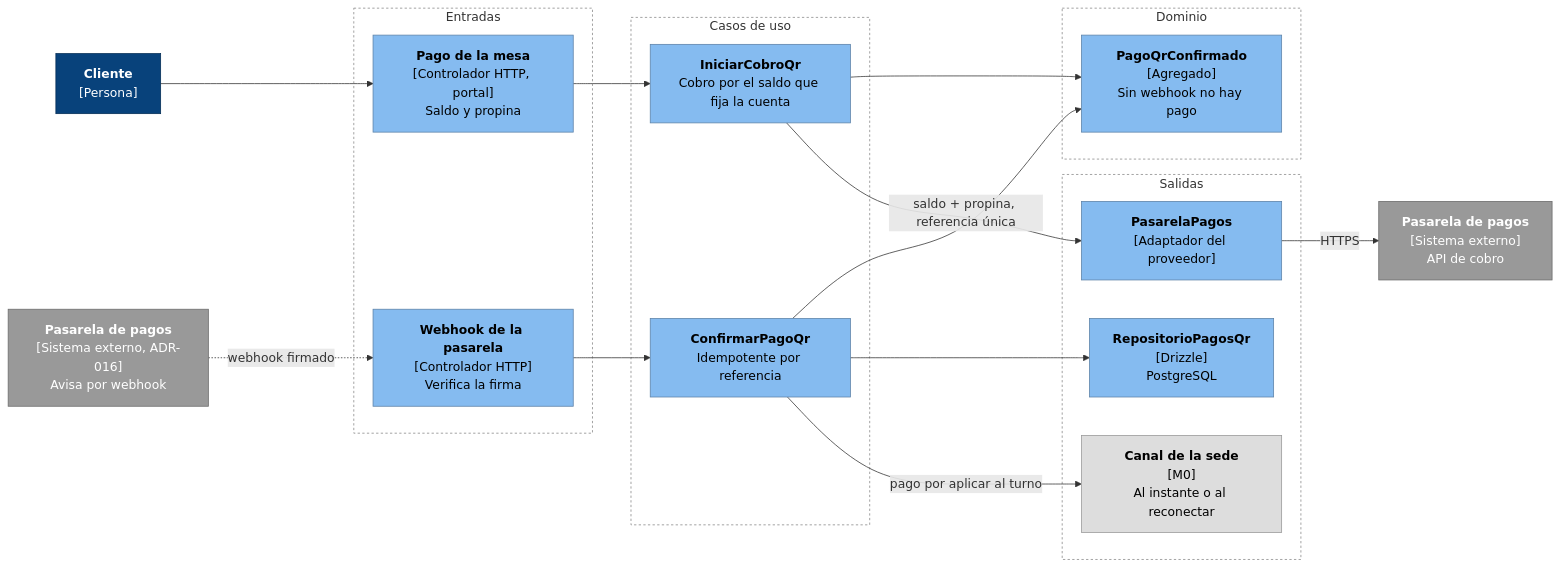
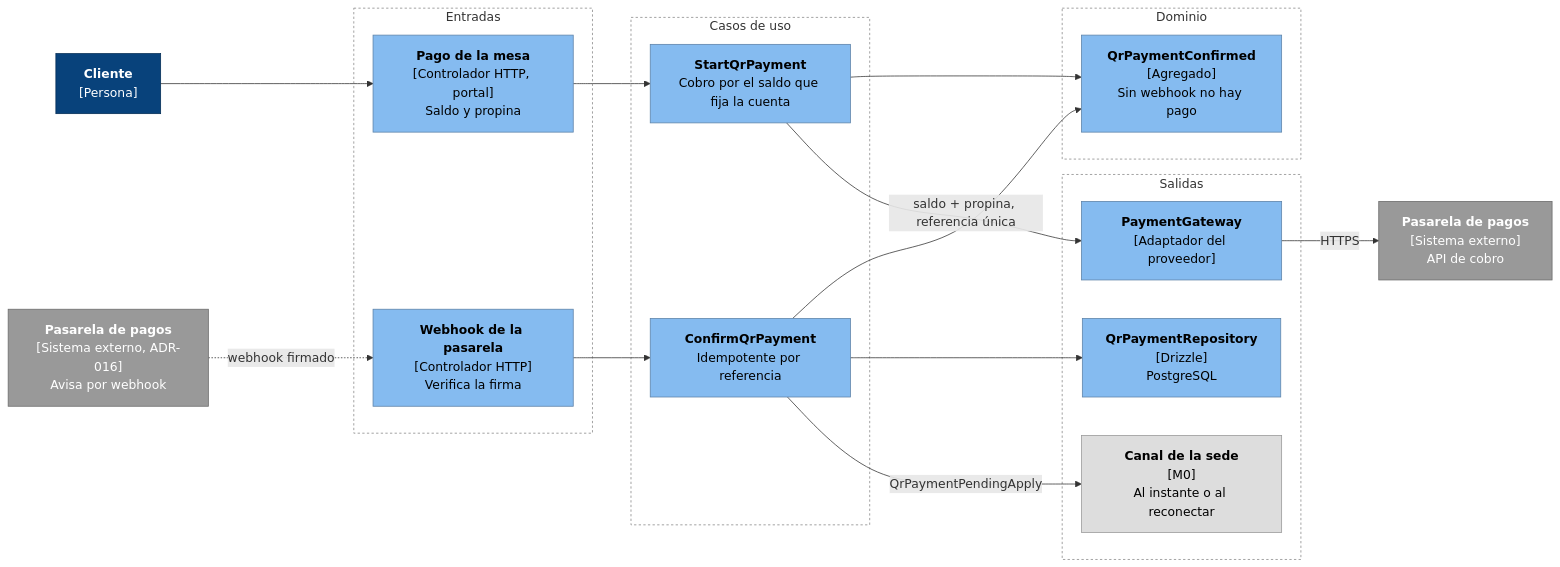
The second of 2 diagrams in docs/arquitectura/componentes/c4-m2-caja.md (CesarJOtizM/blackHole), drawn with Mermaid before and after one commit. The commit also changed other lines of this file and 159 other files, not shown here.

````diff
--- a/docs/arquitectura/componentes/c4-m2-caja.md
+++ b/docs/arquitectura/componentes/c4-m2-caja.md
@@ -101,45 +102,45 @@
 ```mermaid
 flowchart LR
-  CLI["<b>Cliente</b><br/>[Persona]"]:::persona
-  PASW["<b>Pasarela de pagos</b><br/>[Sistema externo, ADR-016]<br/>Avisa por webhook"]:::externo
+  CUS["<b>Cliente</b><br/>[Persona]"]:::persona
+  GWW["<b>Pasarela de pagos</b><br/>[Sistema externo, ADR-016]<br/>Avisa por webhook"]:::externo
 
-  subgraph Entradas["Entradas"]
-    PPAG["<b>Pago de la mesa</b><br/>[Controlador HTTP, portal]<br/>Saldo y propina"]:::componente
+  subgraph Inputs["Entradas"]
+    PPAY["<b>Pago de la mesa</b><br/>[Controlador HTTP, portal]<br/>Saldo y propina"]:::componente
     WH["<b>Webhook de la pasarela</b><br/>[Controlador HTTP]<br/>Verifica la firma"]:::componente
   end
 
-  subgraph Aplicacion["Casos de uso"]
-    UC_INI["<b>IniciarCobroQr</b><br/>Cobro por el saldo que fija la cuenta"]:::componente
-    UC_CON["<b>ConfirmarPagoQr</b><br/>Idempotente por referencia"]:::componente
+  subgraph Application["Casos de uso"]
+    UC_START["<b>StartQrPayment</b><br/>Cobro por el saldo que fija la cuenta"]:::componente
+    UC_CONF["<b>ConfirmQrPayment</b><br/>Idempotente por referencia"]:::componente
   end
 
-  subgraph Dominio["Dominio"]
-    D_PQR["<b>PagoQrConfirmado</b><br/>[Agregado]<br/>Sin webhook no hay pago"]:::componente
+  subgraph Domain["Dominio"]
+    D_QR["<b>QrPaymentConfirmed</b><br/>[Agregado]<br/>Sin webhook no hay pago"]:::componente
   end
 
-  subgraph Salida["Salidas"]
-    PASA["<b>PasarelaPagos</b><br/>[Adaptador del proveedor]"]:::componente
-    REPO["<b>RepositorioPagosQr</b><br/>[Drizzle]<br/>PostgreSQL"]:::componente
-    CAN["<b>Canal de la sede</b><br/>[M0]<br/>Al instante o al reconectar"]:::modulo
+  subgraph Outputs["Salidas"]
+    PGW["<b>PaymentGateway</b><br/>[Adaptador del proveedor]"]:::componente
+    REPO["<b>QrPaymentRepository</b><br/>[Drizzle]<br/>PostgreSQL"]:::componente
+    CHN["<b>Canal de la sede</b><br/>[M0]<br/>Al instante o al reconectar"]:::modulo
   end
 
-  PAS["<b>Pasarela de pagos</b><br/>[Sistema externo]<br/>API de cobro"]:::externo
+  GW["<b>Pasarela de pagos</b><br/>[Sistema externo]<br/>API de cobro"]:::externo
 
-  CLI --> PPAG --> UC_INI
-  PASW -. "webhook firmado" .-> WH --> UC_CON
-  UC_INI --> D_PQR
-  UC_CON --> D_PQR
-  UC_INI -- "saldo + propina, referencia única" --> PASA
-  UC_CON --> REPO
-  UC_CON -- "pago por aplicar al turno" --> CAN
-  PASA -- "HTTPS" --> PAS
+  CUS --> PPAY --> UC_START
+  GWW -. "webhook firmado" .-> WH --> UC_CONF
+  UC_START --> D_QR
+  UC_CONF --> D_QR
+  UC_START -- "saldo + propina, referencia única" --> PGW
+  UC_CONF --> REPO
+  UC_CONF -- "QrPaymentPendingApply" --> CHN
+  PGW -- "HTTPS" --> GW
 
   classDef persona fill:#08427b,stroke:#052e56,color:#fff
   classDef componente fill:#85bbf0,stroke:#5d82a8,color:#000
   classDef modulo fill:#dddddd,stroke:#999999,color:#000
   classDef externo fill:#999999,stroke:#6b6b6b,color:#fff
-  style Entradas fill:none,stroke:#888,stroke-dasharray: 3 3
-  style Aplicacion fill:none,stroke:#888,stroke-dasharray: 3 3
-  style Dominio fill:none,stroke:#888,stroke-dasharray: 3 3
-  style Salida fill:none,stroke:#888,stroke-dasharray: 3 3
+  style Inputs fill:none,stroke:#888,stroke-dasharray: 3 3
+  style Application fill:none,stroke:#888,stroke-dasharray: 3 3
+  style Domain fill:none,stroke:#888,stroke-dasharray: 3 3
+  style Outputs fill:none,stroke:#888,stroke-dasharray: 3 3
 ```
````
